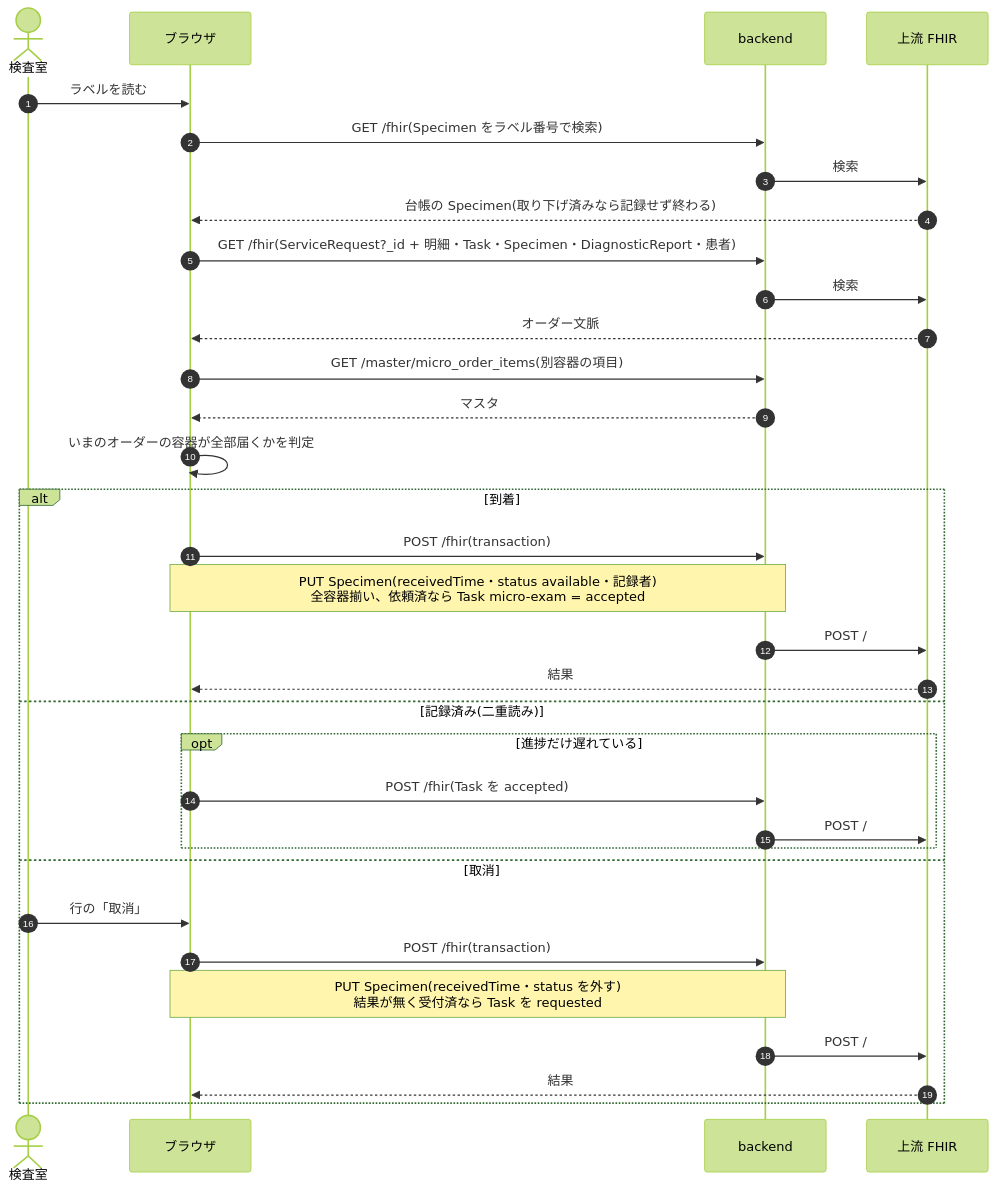
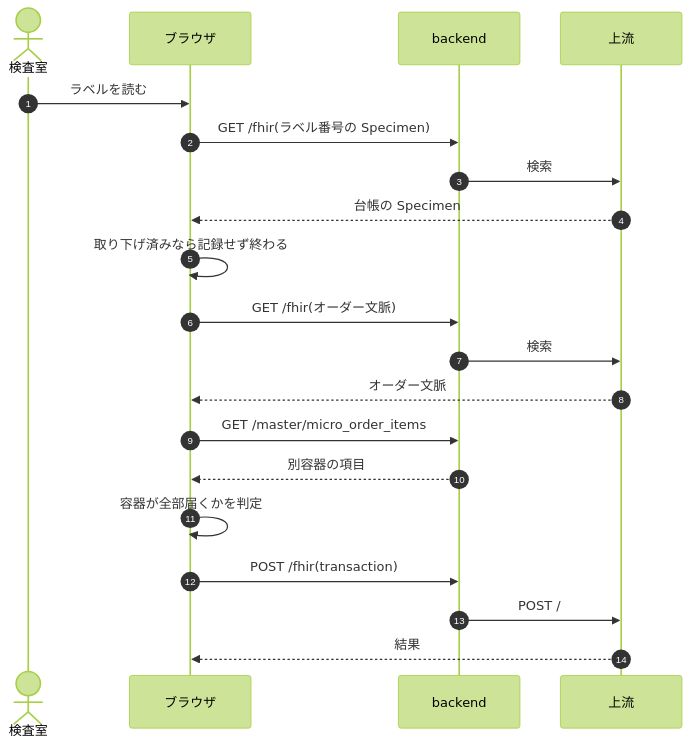
The sixth of 11 diagrams in docs/dev/micro.md (ysnr-dev/fhir-client-docs), drawn with Mermaid (forest theme) before and after one commit. The commit also changed other lines of this file and 43 other files, not shown here.

Commit message:
docs: 業務フローとシーケンス図を写し直し

````diff
--- a/docs/dev/micro.md
+++ b/docs/dev/micro.md
@@ -129,36 +268,23 @@
 ```mermaid
 sequenceDiagram
   autonumber
   actor Tech as 検査室
   participant UI as ブラウザ
   participant BE as backend
-  participant FHIR as 上流 FHIR
+  participant FHIR as 上流
 
   Tech->>UI: ラベルを読む
-  UI->>BE: GET /fhir(Specimen をラベル番号で検索)
+  UI->>BE: GET /fhir(ラベル番号の Specimen)
   BE->>FHIR: 検索
-  FHIR-->>UI: 台帳の Specimen(取り下げ済みなら記録せず終わる)
-  UI->>BE: GET /fhir(ServiceRequest?_id + 明細・Task・Specimen・DiagnosticReport・患者)
+  FHIR-->>UI: 台帳の Specimen
+  UI->>UI: 取り下げ済みなら記録せず終わる
+  UI->>BE: GET /fhir(オーダー文脈)
   BE->>FHIR: 検索
   FHIR-->>UI: オーダー文脈
-  UI->>BE: GET /master/micro_order_items(別容器の項目)
-  BE-->>UI: マスタ
-  UI->>UI: いまのオーダーの容器が全部届くかを判定
-  alt 到着
-    UI->>BE: POST /fhir(transaction)
-    Note over UI,BE: PUT Specimen(receivedTime・status available・記録者)<br/>全容器揃い、依頼済なら Task micro-exam = accepted
-    BE->>FHIR: POST /
-    FHIR-->>UI: 結果
-  else 記録済み(二重読み)
-    opt 進捗だけ遅れている
-      UI->>BE: POST /fhir(Task を accepted)
-      BE->>FHIR: POST /
-    end
-  else 取消
-    Tech->>UI: 行の「取消」
-    UI->>BE: POST /fhir(transaction)
-    Note over UI,BE: PUT Specimen(receivedTime・status を外す)<br/>結果が無く受付済なら Task を requested
-    BE->>FHIR: POST /
-    FHIR-->>UI: 結果
-  end
+  UI->>BE: GET /master/micro_order_items
+  BE-->>UI: 別容器の項目
+  UI->>UI: 容器が全部届くかを判定
+  UI->>BE: POST /fhir(transaction)
+  BE->>FHIR: POST /
+  FHIR-->>UI: 結果
 ```
````
